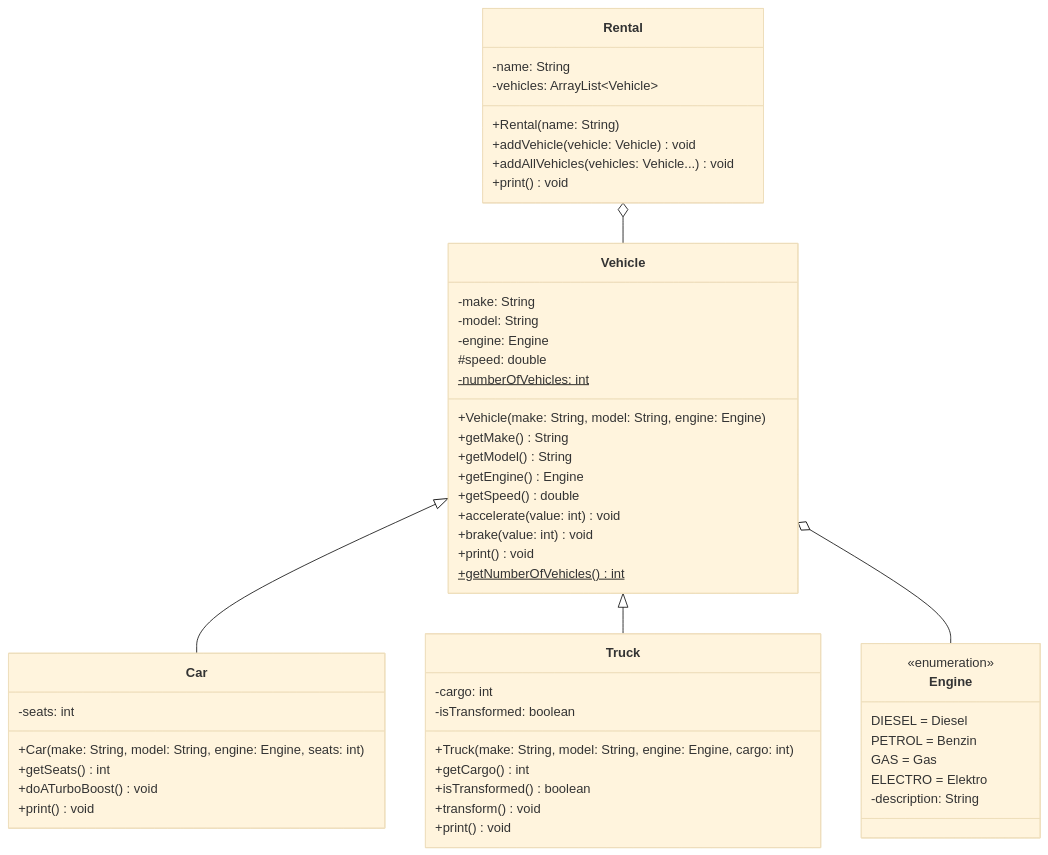
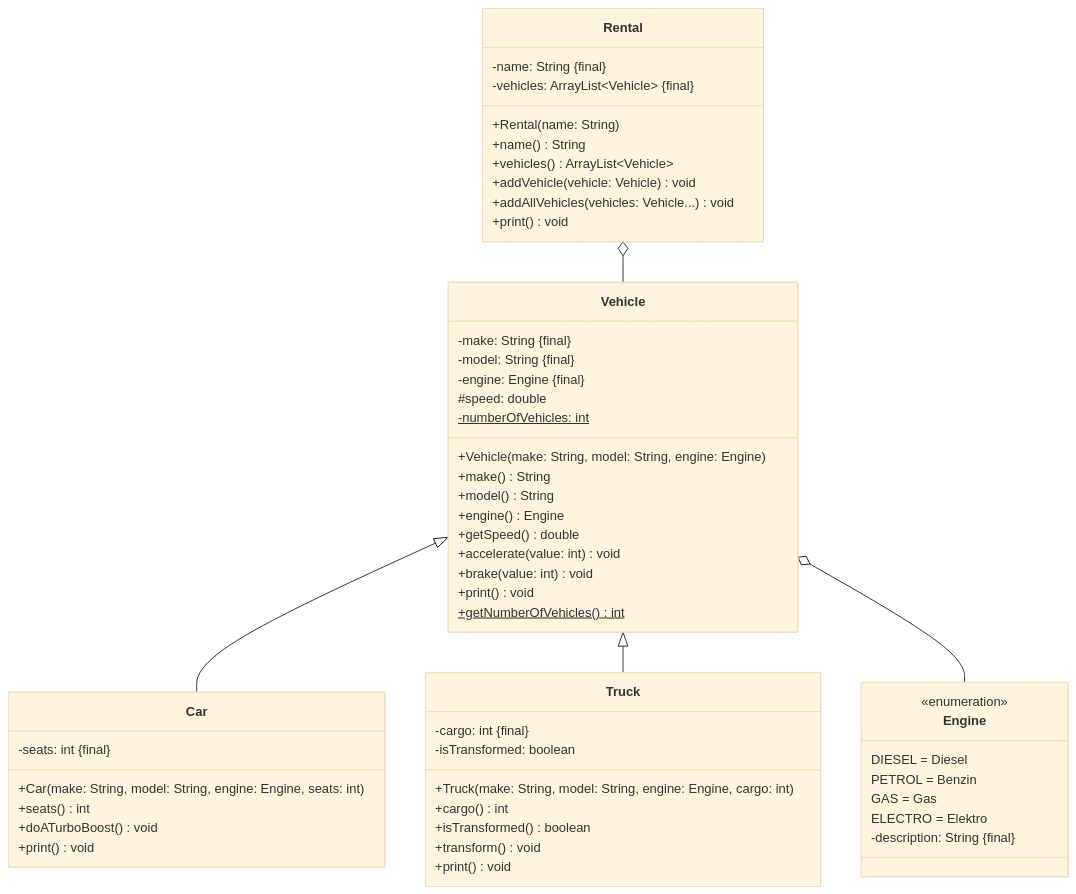
The diagram in docs/exercises/polymorphy/polymorphy02.mdx (jappuccini/java-docs), drawn with Mermaid (base theme) before and after one commit. The commit also changed 33 other files, not shown here.

Commit message:
add final-property, change getter-description, change list- and map-declarations

````diff
--- a/docs/exercises/polymorphy/polymorphy02.mdx
+++ b/docs/exercises/polymorphy/polymorphy02.mdx
@@ -15,60 +15,62 @@
 ```mermaid
 classDiagram
     Vehicle <|-- Car
     Vehicle <|-- Truck
     Vehicle o-- Engine
     Rental o-- Vehicle
 
     class Vehicle {
-        -make: String
-        -model: String
-        -engine: Engine
+        -make: String &#123final&#125
+        -model: String &#123final&#125
+        -engine: Engine &#123final&#125
         #speed: double
         -numberOfVehicles: int$
         +Vehicle(make: String, model: String, engine: Engine)
-        +getMake() String
-        +getModel() String
-        +getEngine() Engine
+        +make() String
+        +model() String
+        +engine() Engine
         +getSpeed() double
         +accelerate(value: int) void
         +brake(value: int) void
         +print() void
         +getNumberOfVehicles()$ int
     }
 
     class Engine {
         <<enumeration>>
         DIESEL = Diesel
         PETROL = Benzin
         GAS = Gas
         ELECTRO = Elektro
-        -description: String
+        -description: String &#123final&#125
     }
 
     class Car {
-        -seats: int
+        -seats: int &#123final&#125
         +Car(make: String, model: String, engine: Engine, seats: int)
-        +getSeats() int
+        +seats() int
         +doATurboBoost() void
         +print() void
     }
 
     class Truck {
-        -cargo: int
+        -cargo: int &#123final&#125
         -isTransformed: boolean
         +Truck(make: String, model: String, engine: Engine, cargo: int)
-        +getCargo() int
+        +cargo() int
         +isTransformed() boolean
         +transform() void
         +print() void
     }
 
     class Rental {
-        -name: String
-        -vehicles: ArrayList~Vehicle~
+        -name: String &#123final&#125
+        -vehicles: ArrayList~Vehicle~ &#123final&#125
         +Rental(name: String)
+        +name() String
+        +vehicles() ArrayList~Vehicle~
         +addVehicle(vehicle: Vehicle) void
         +addAllVehicles(vehicles: Vehicle...) void
         +print() void
     }
 ```
````
